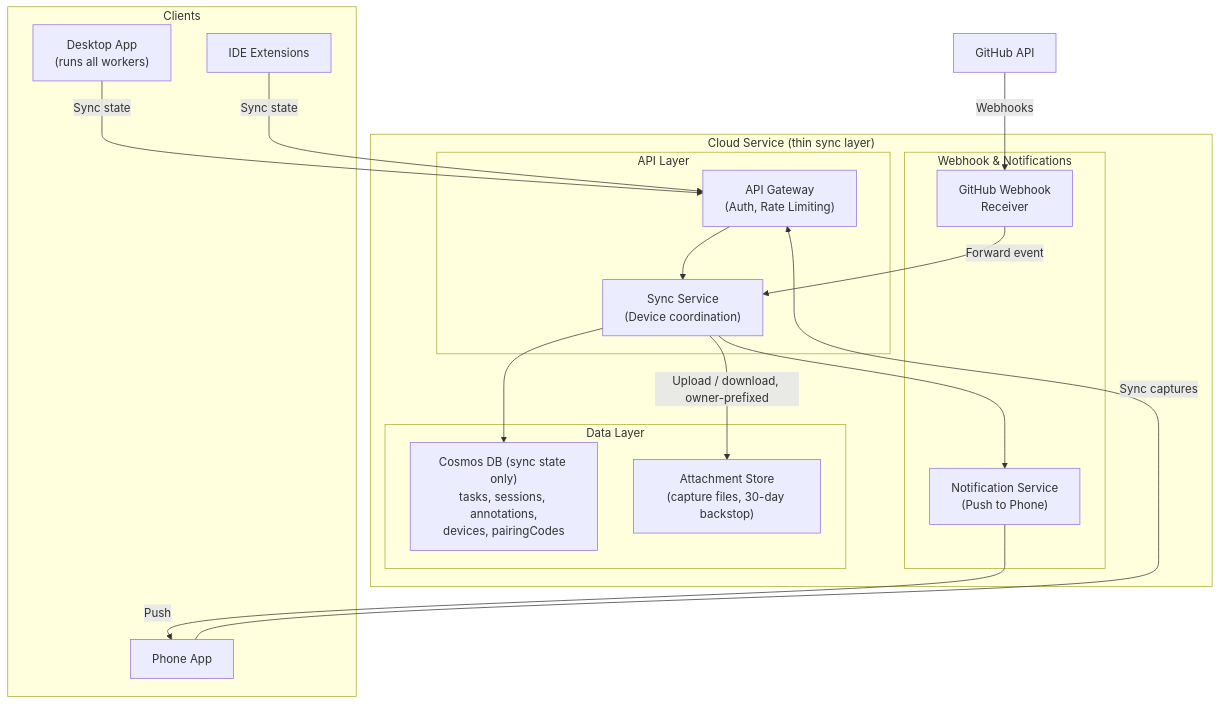
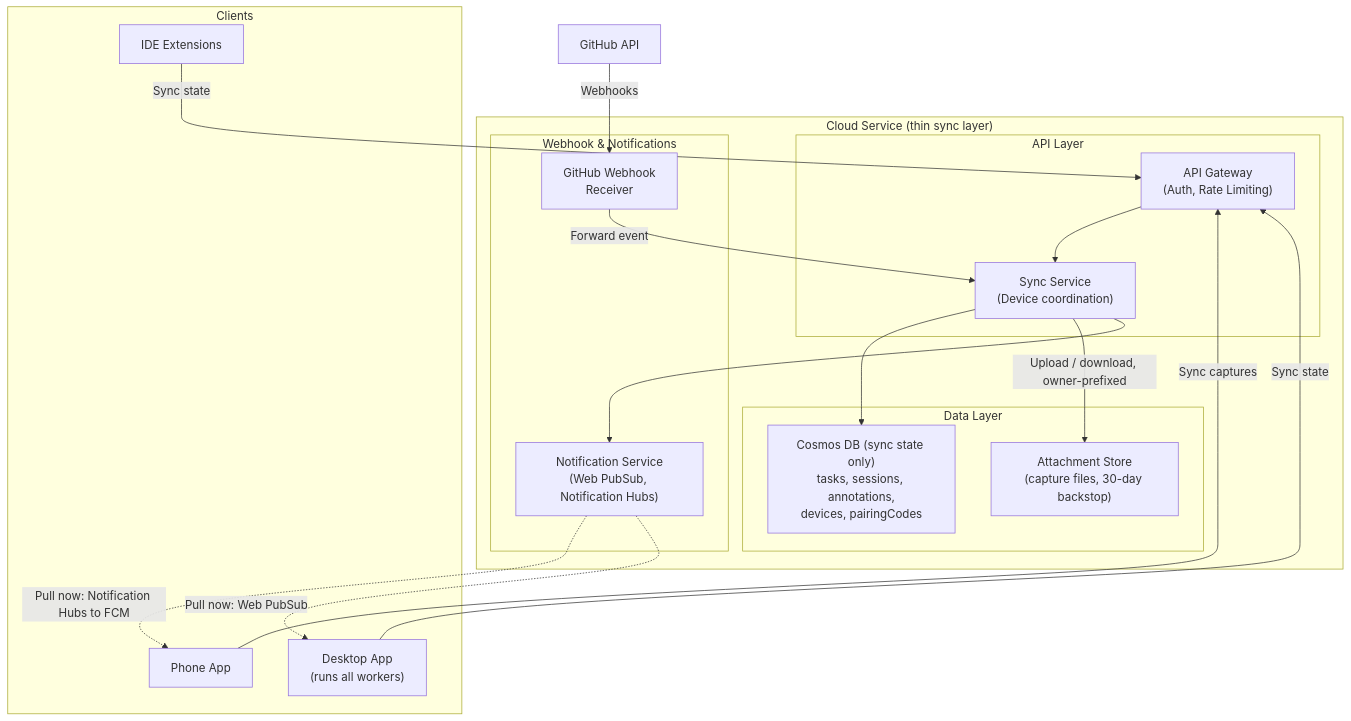
The ninth of 9 diagrams in .devbook/arc42/05-building-block-view.md (JSdotNet/Backlog), drawn with Mermaid before and after one commit. The commit also changed other lines of this file and 14 other files, not shown here.

````diff
--- a/.devbook/arc42/05-building-block-view.md
+++ b/.devbook/arc42/05-building-block-view.md
@@ -832,38 +832,39 @@
 ```mermaid
 flowchart TB
   subgraph "Cloud Service (thin sync layer)"
     subgraph "API Layer"
       Gateway["API Gateway\n(Auth, Rate Limiting)"]
       SyncAPI["Sync Service\n(Device coordination)"]
     end
     subgraph "Webhook & Notifications"
       GitHubWebhooks["GitHub Webhook\nReceiver"]
-      NotificationService["Notification Service\n(Push to Phone)"]
+      NotificationService["Notification Service\n(Web PubSub, Notification Hubs)"]
     end
     subgraph "Data Layer"
       DB["Cosmos DB (sync state only)\ntasks, sessions, annotations,\ndevices, pairingCodes"]
       Blobs["Attachment Store\n(capture files, 30-day backstop)"]
     end
   end
 
   subgraph "Clients"
     Phone["Phone App"]
     Desktop["Desktop App\n(runs all workers)"]
     IDE["IDE Extensions"]
   end
 
   GitHub["GitHub API"]
 
   Phone -->|Sync captures| Gateway
   Desktop -->|Sync state| Gateway
   IDE -->|Sync state| Gateway
 
   Gateway --> SyncAPI
   SyncAPI --> DB
   SyncAPI -->|"Upload / download, owner-prefixed"| Blobs
 
   GitHub -->|Webhooks| GitHubWebhooks
   GitHubWebhooks -->|Forward event| SyncAPI
   SyncAPI --> NotificationService
-  NotificationService -->|Push| Phone
+  NotificationService -.->|"Pull now: Notification Hubs to FCM"| Phone
+  NotificationService -.->|"Pull now: Web PubSub"| Desktop
 ```
````
